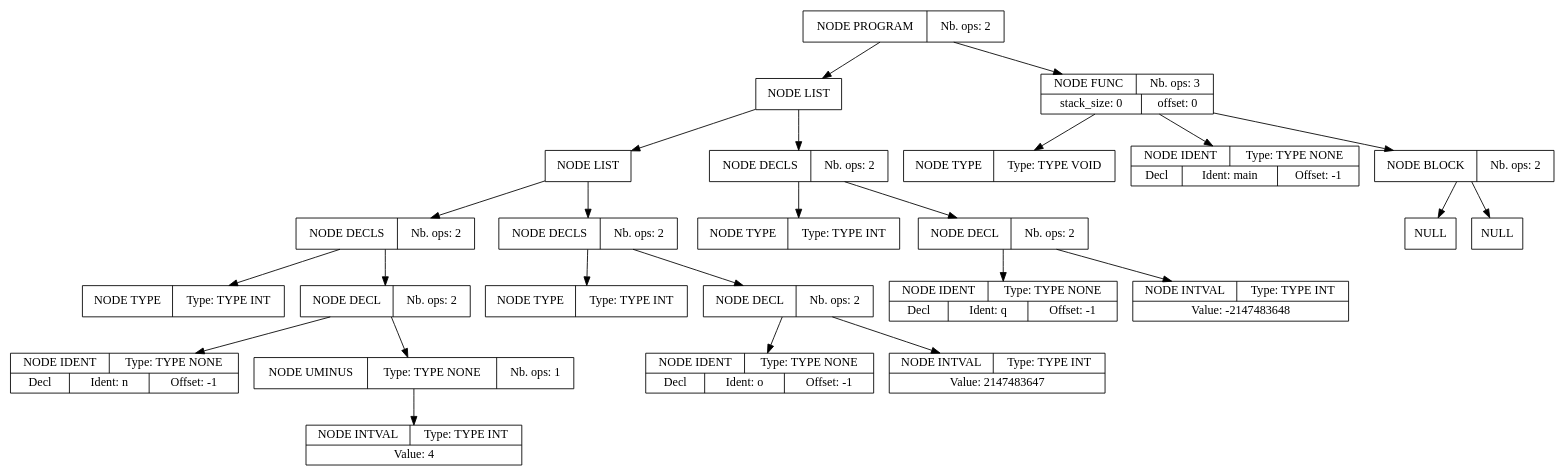
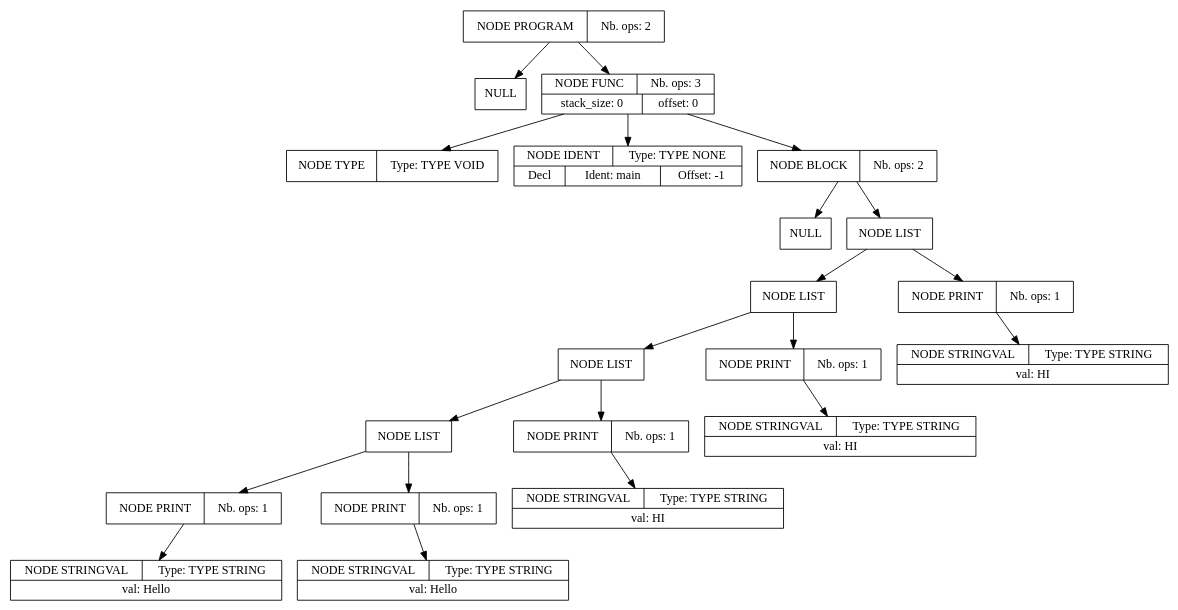
The diagram in projet_compilation_src/tools/apres_syntaxe.dot (Serial-DeV/Compilation), drawn with Graphviz before and after one commit. The commit also changed 13 other files, not shown here.

```diff
--- a/projet_compilation_src/tools/apres_syntaxe.dot
+++ b/projet_compilation_src/tools/apres_syntaxe.dot
@@ -1,75 +1,63 @@
 digraph global_vars {
     N1 [shape=record, label="{{NODE PROGRAM|Nb. ops: 2}}"];
-    N2 [shape=record, label="{{NODE LIST}}"];
-    N3 [shape=record, label="{{NODE LIST}}"];
-    N4 [shape=record, label="{{NODE DECLS|Nb. ops: 2}}"];
-    N5 [shape=record, label="{{NODE TYPE|Type: TYPE INT}}"];
+    N2 [shape=record, label="{{NULL}}"];
     edge[tailclip=true];
-    N4 -> N5
-    N6 [shape=record, label="{{NODE DECL|Nb. ops: 2}}"];
-    N7 [shape=record, label="{{NODE IDENT|Type: TYPE NONE}|{<decl>Decl      |Ident: n|Offset: -1}}"];
+    N1 -> N2
+    N3 [shape=record, label="{{NODE FUNC|Nb. ops: 3}|{stack_size: 0|offset: 0}}"];
+    N4 [shape=record, label="{{NODE TYPE|Type: TYPE VOID}}"];
+    edge[tailclip=true];
+    N3 -> N4
+    N5 [shape=record, label="{{NODE IDENT|Type: TYPE NONE}|{<decl>Decl      |Ident: main|Offset: -1}}"];
+    edge[tailclip=true];
+    N3 -> N5
+    N6 [shape=record, label="{{NODE BLOCK|Nb. ops: 2}}"];
+    N7 [shape=record, label="{{NULL}}"];
     edge[tailclip=true];
     N6 -> N7
-    N8 [shape=record, label="{{NODE UMINUS|Type: TYPE NONE|Nb. ops: 1}}"];
-    N9 [shape=record, label="{{NODE INTVAL|Type: TYPE INT}|{Value: 4}}"];
+    N8 [shape=record, label="{{NODE LIST}}"];
+    N9 [shape=record, label="{{NODE LIST}}"];
+    N10 [shape=record, label="{{NODE LIST}}"];
+    N11 [shape=record, label="{{NODE LIST}}"];
+    N12 [shape=record, label="{{NODE PRINT|Nb. ops: 1}}"];
+    N13 [shape=record, label="{{NODE STRINGVAL|Type: TYPE STRING}|{val: Hello}}"];
+    edge[tailclip=true];
+    N12 -> N13
+    edge[tailclip=true];
+    N11 -> N12
+    N14 [shape=record, label="{{NODE PRINT|Nb. ops: 1}}"];
+    N15 [shape=record, label="{{NODE STRINGVAL|Type: TYPE STRING}|{val: Hello}}"];
+    edge[tailclip=true];
+    N14 -> N15
+    edge[tailclip=true];
+    N11 -> N14
+    edge[tailclip=true];
+    N10 -> N11
+    N16 [shape=record, label="{{NODE PRINT|Nb. ops: 1}}"];
+    N17 [shape=record, label="{{NODE STRINGVAL|Type: TYPE STRING}|{val: HI}}"];
+    edge[tailclip=true];
+    N16 -> N17
+    edge[tailclip=true];
+    N10 -> N16
+    edge[tailclip=true];
+    N9 -> N10
+    N18 [shape=record, label="{{NODE PRINT|Nb. ops: 1}}"];
+    N19 [shape=record, label="{{NODE STRINGVAL|Type: TYPE STRING}|{val: HI}}"];
+    edge[tailclip=true];
+    N18 -> N19
+    edge[tailclip=true];
+    N9 -> N18
     edge[tailclip=true];
     N8 -> N9
+    N20 [shape=record, label="{{NODE PRINT|Nb. ops: 1}}"];
+    N21 [shape=record, label="{{NODE STRINGVAL|Type: TYPE STRING}|{val: HI}}"];
+    edge[tailclip=true];
+    N20 -> N21
+    edge[tailclip=true];
+    N8 -> N20
     edge[tailclip=true];
     N6 -> N8
     edge[tailclip=true];
-    N4 -> N6
+    N3 -> N6
     edge[tailclip=true];
-    N3 -> N4
-    N10 [shape=record, label="{{NODE DECLS|Nb. ops: 2}}"];
-    N11 [shape=record, label="{{NODE TYPE|Type: TYPE INT}}"];
-    edge[tailclip=true];
-    N10 -> N11
-    N12 [shape=record, label="{{NODE DECL|Nb. ops: 2}}"];
-    N13 [shape=record, label="{{NODE IDENT|Type: TYPE NONE}|{<decl>Decl      |Ident: o|Offset: -1}}"];
-    edge[tailclip=true];
-    N12 -> N13
-    N14 [shape=record, label="{{NODE INTVAL|Type: TYPE INT}|{Value: 2147483647}}"];
-    edge[tailclip=true];
-    N12 -> N14
-    edge[tailclip=true];
-    N10 -> N12
-    edge[tailclip=true];
-    N3 -> N10
-    edge[tailclip=true];
-    N2 -> N3
-    N15 [shape=record, label="{{NODE DECLS|Nb. ops: 2}}"];
-    N16 [shape=record, label="{{NODE TYPE|Type: TYPE INT}}"];
-    edge[tailclip=true];
-    N15 -> N16
-    N17 [shape=record, label="{{NODE DECL|Nb. ops: 2}}"];
-    N18 [shape=record, label="{{NODE IDENT|Type: TYPE NONE}|{<decl>Decl      |Ident: q|Offset: -1}}"];
-    edge[tailclip=true];
-    N17 -> N18
-    N19 [shape=record, label="{{NODE INTVAL|Type: TYPE INT}|{Value: -2147483648}}"];
-    edge[tailclip=true];
-    N17 -> N19
-    edge[tailclip=true];
-    N15 -> N17
-    edge[tailclip=true];
-    N2 -> N15
-    edge[tailclip=true];
-    N1 -> N2
-    N20 [shape=record, label="{{NODE FUNC|Nb. ops: 3}|{stack_size: 0|offset: 0}}"];
-    N21 [shape=record, label="{{NODE TYPE|Type: TYPE VOID}}"];
-    edge[tailclip=true];
-    N20 -> N21
-    N22 [shape=record, label="{{NODE IDENT|Type: TYPE NONE}|{<decl>Decl      |Ident: main|Offset: -1}}"];
-    edge[tailclip=true];
-    N20 -> N22
-    N23 [shape=record, label="{{NODE BLOCK|Nb. ops: 2}}"];
-    N24 [shape=record, label="{{NULL}}"];
-    edge[tailclip=true];
-    N23 -> N24
-    N25 [shape=record, label="{{NULL}}"];
-    edge[tailclip=true];
-    N23 -> N25
-    edge[tailclip=true];
-    N20 -> N23
-    edge[tailclip=true];
-    N1 -> N20
+    N1 -> N3
 }
```
